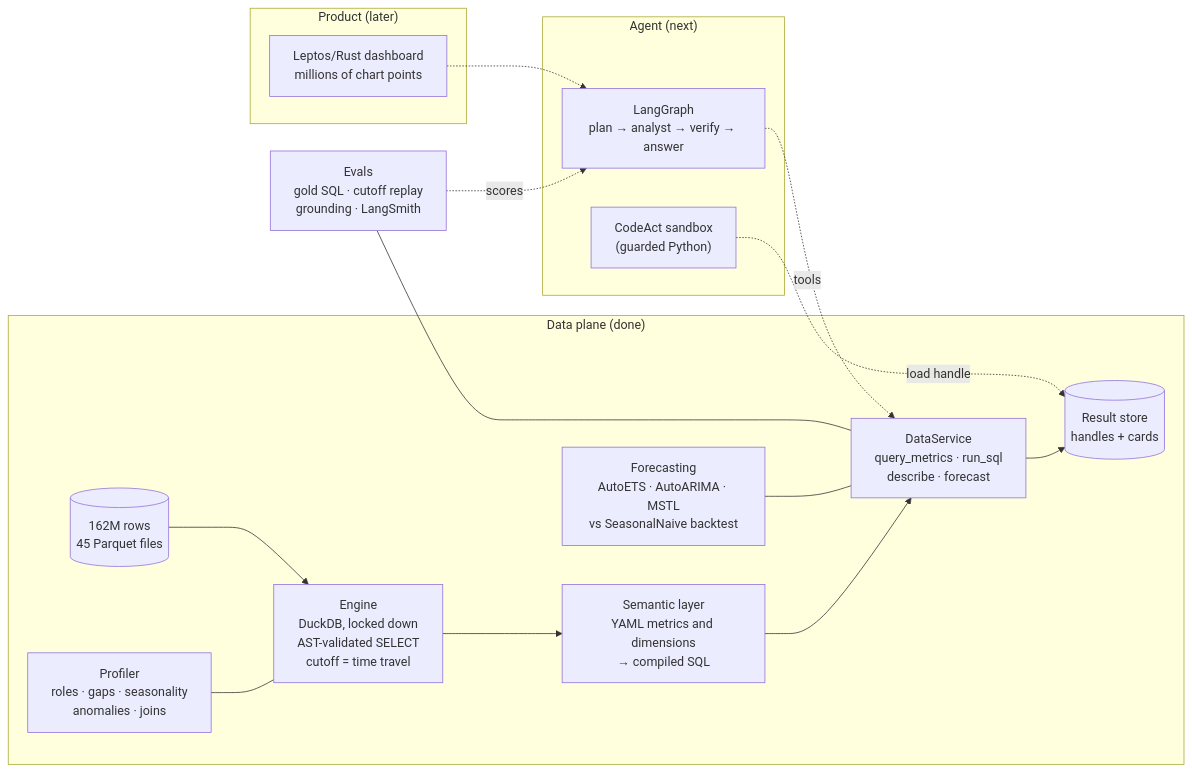
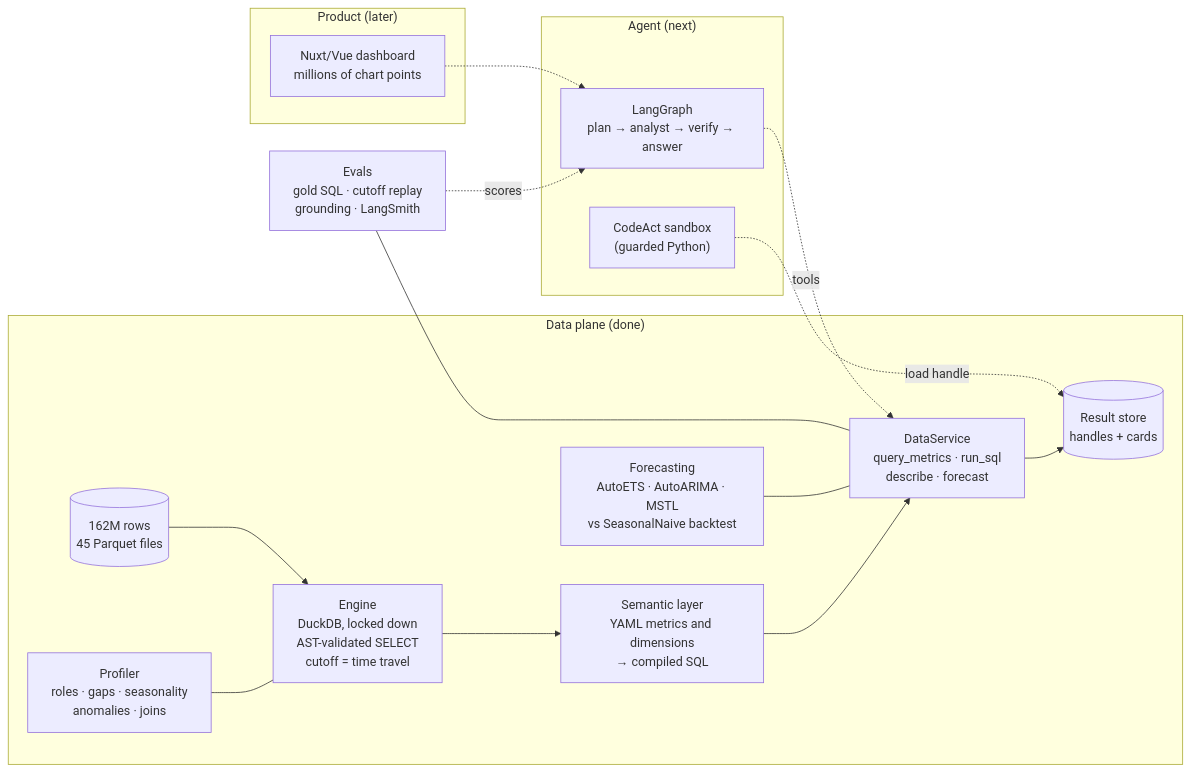
Before and after one commit to mostafa7arafa/big-data-forecasting-agent: the first of 2 diagrams in README.md, drawn with Mermaid. The commit also changed other lines of this file and 5 other files, not shown here.

Commit message:
docs: dashboard design (Plans W1/W2), Nuxt + Vue switch, Survey Sheet direction

````diff
--- a/README.md
+++ b/README.md
@@ -45,20 +45,20 @@
 ```mermaid
 flowchart LR
     subgraph data["Data plane (done)"]
         P[("162M rows<br/>45 Parquet files")] --> E["Engine<br/>DuckDB, locked down<br/>AST-validated SELECT<br/>cutoff = time travel"]
         E --> S["Semantic layer<br/>YAML metrics and dimensions<br/>→ compiled SQL"]
         S --> D["DataService<br/>query_metrics · run_sql<br/>describe · forecast"]
         D --> R[("Result store<br/>handles + cards")]
         F["Forecasting<br/>AutoETS · AutoARIMA · MSTL<br/>vs SeasonalNaive backtest"] --- D
         PR["Profiler<br/>roles · gaps · seasonality<br/>anomalies · joins"] --- E
     end
     subgraph agent["Agent (next)"]
         G["LangGraph<br/>plan → analyst → verify → answer"] -.tools.-> D
         X["CodeAct sandbox<br/>(guarded Python)"] -.load handle.-> R
     end
     subgraph ui["Product (later)"]
-        W["Leptos/Rust dashboard<br/>millions of chart points"] -.-> G
+        W["Nuxt/Vue dashboard<br/>millions of chart points"] -.-> G
     end
     EV["Evals<br/>gold SQL · cutoff replay<br/>grounding · LangSmith"] -.scores.-> G
     EV --- D
 ```
````
